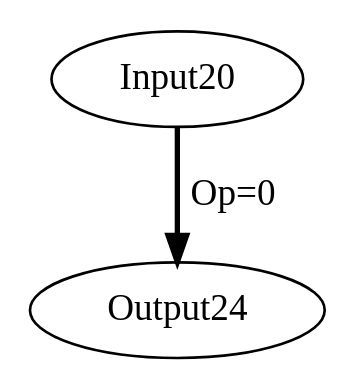
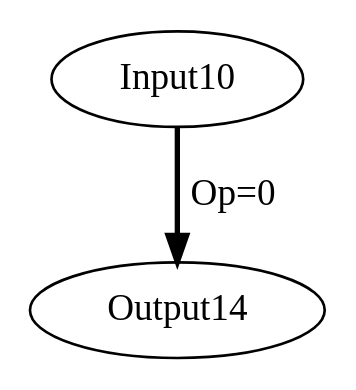
The diagram in experiments/FloatKernel/3_dfgs/forward_kernel_0.dot (MIONkb/cgrv-opt), drawn with Graphviz before and after one commit. The commit also changed 265 other files, not shown here.

```diff
--- a/experiments/FloatKernel/3_dfgs/forward_kernel_0.dot
+++ b/experiments/FloatKernel/3_dfgs/forward_kernel_0.dot
@@ -1,5 +1,5 @@
 Digraph G {
-Input20[opcode=Input, ref_name="arg", size="52", offset="0, 0", pattern="4, 4, 0, 4"];
-Output24[opcode=Output, ref_name="arg1", size="52", offset="0, 0", pattern="12, 4, -32, 4"];
-Input20 -> Output24[operand = 0 ,color = black, style = bold, label = "Op=0"];
+Input10[opcode=Input, ref_name="arg", size="36", offset="0, 0", pattern="4, 3, 4, 3"];
+Output14[opcode=Output, ref_name="arg1", size="36", offset="0, 0", pattern="12, 3, -20, 3"];
+Input10 -> Output14[operand = 0 ,color = black, style = bold, label = "Op=0"];
 }
```
